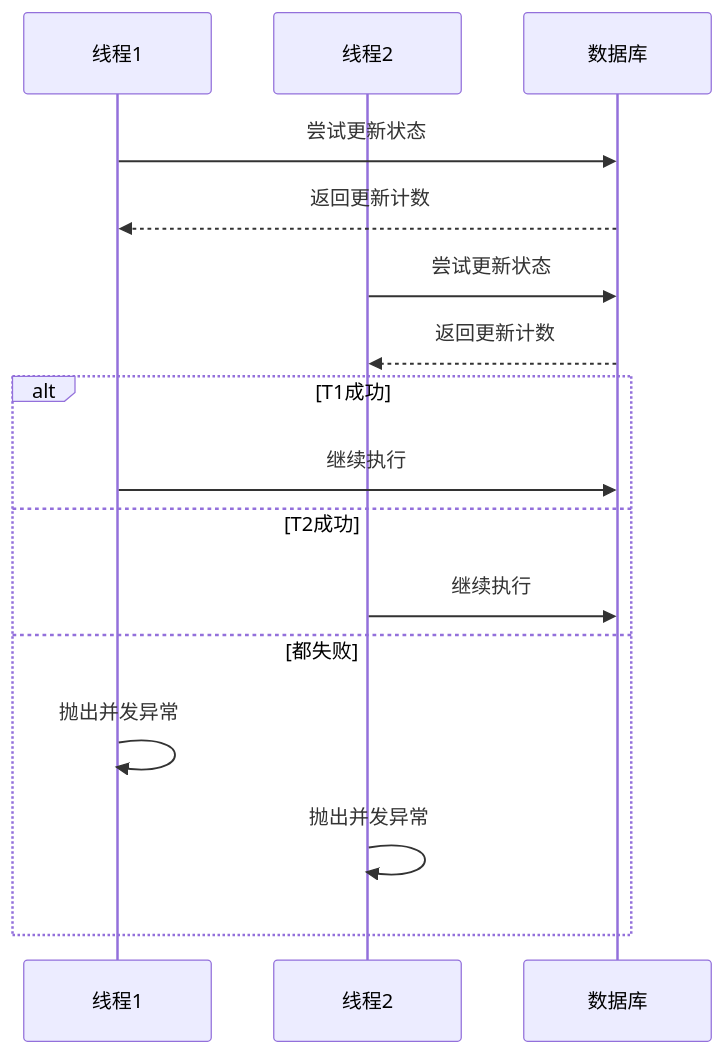
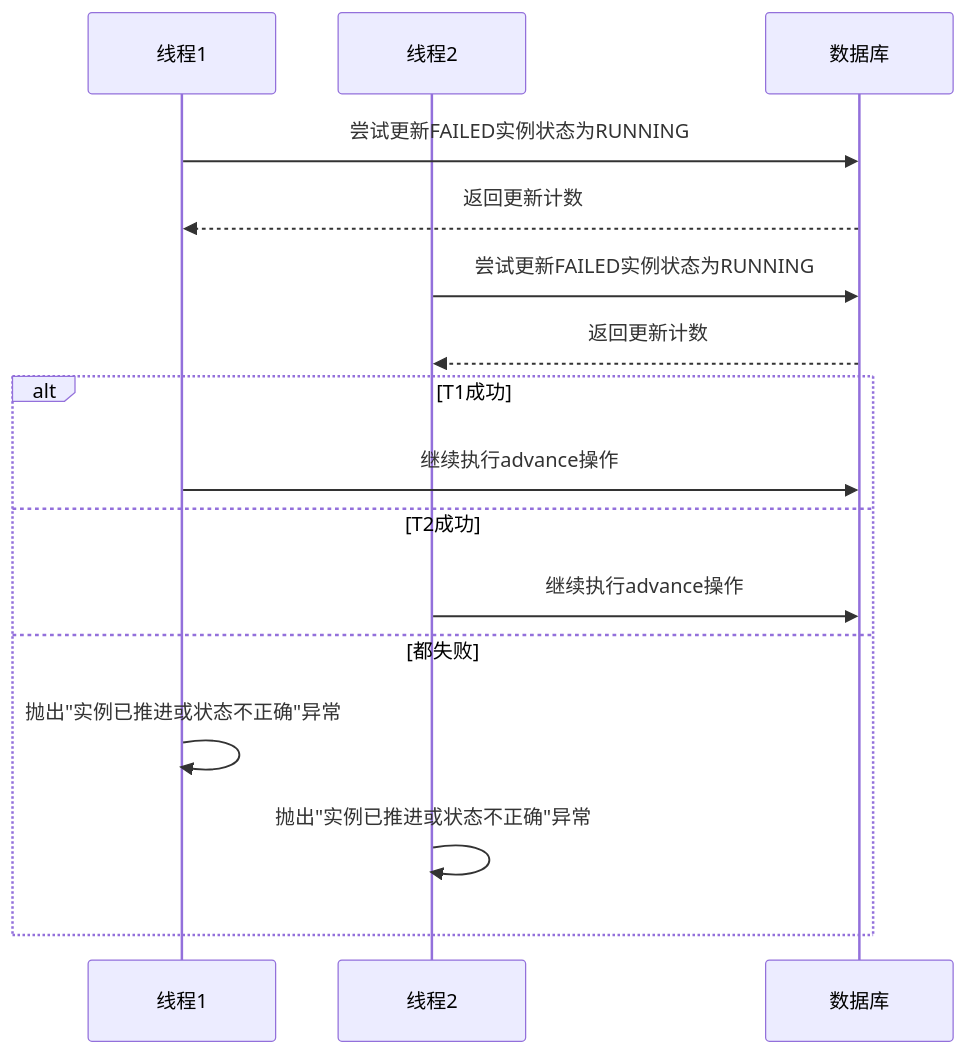
One commit to xiaoche80s-tech/state-machine-parent changed diagram 13 of 18 in .qoder/repowiki/zh/content/快照与恢复/实例恢复机制.md. Above: the diagram before and after it, drawn with Mermaid. The commit also changed other lines of this file and 7 other files, not shown here.

````diff
--- a/.qoder/repowiki/zh/content/快照与恢复/实例恢复机制.md
+++ b/.qoder/repowiki/zh/content/快照与恢复/实例恢复机制.md
@@ -348,18 +394,18 @@
 ```mermaid
 sequenceDiagram
 participant T1 as 线程1
 participant T2 as 线程2
 participant DB as 数据库
-T1->>DB : 尝试更新状态
+T1->>DB : 尝试更新FAILED实例状态为RUNNING
 DB-->>T1 : 返回更新计数
-T2->>DB : 尝试更新状态
+T2->>DB : 尝试更新FAILED实例状态为RUNNING
 DB-->>T2 : 返回更新计数
 alt T1成功
-T1->>DB : 继续执行
+T1->>DB : 继续执行advance操作
 else T2成功
-T2->>DB : 继续执行
+T2->>DB : 继续执行advance操作
 else 都失败
-T1->>T1 : 抛出并发异常
-T2->>T2 : 抛出并发异常
+T1->>T1 : 抛出"实例已推进或状态不正确"异常
+T2->>T2 : 抛出"实例已推进或状态不正确"异常
 end
 ```
````
